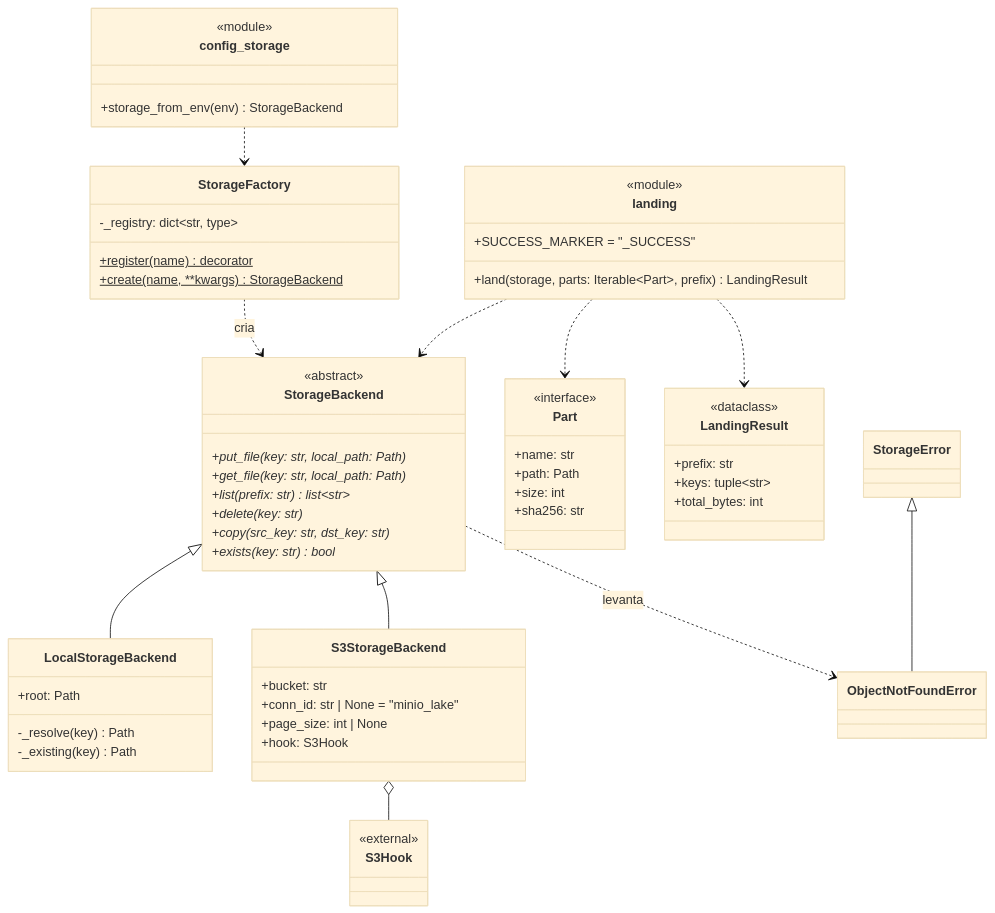
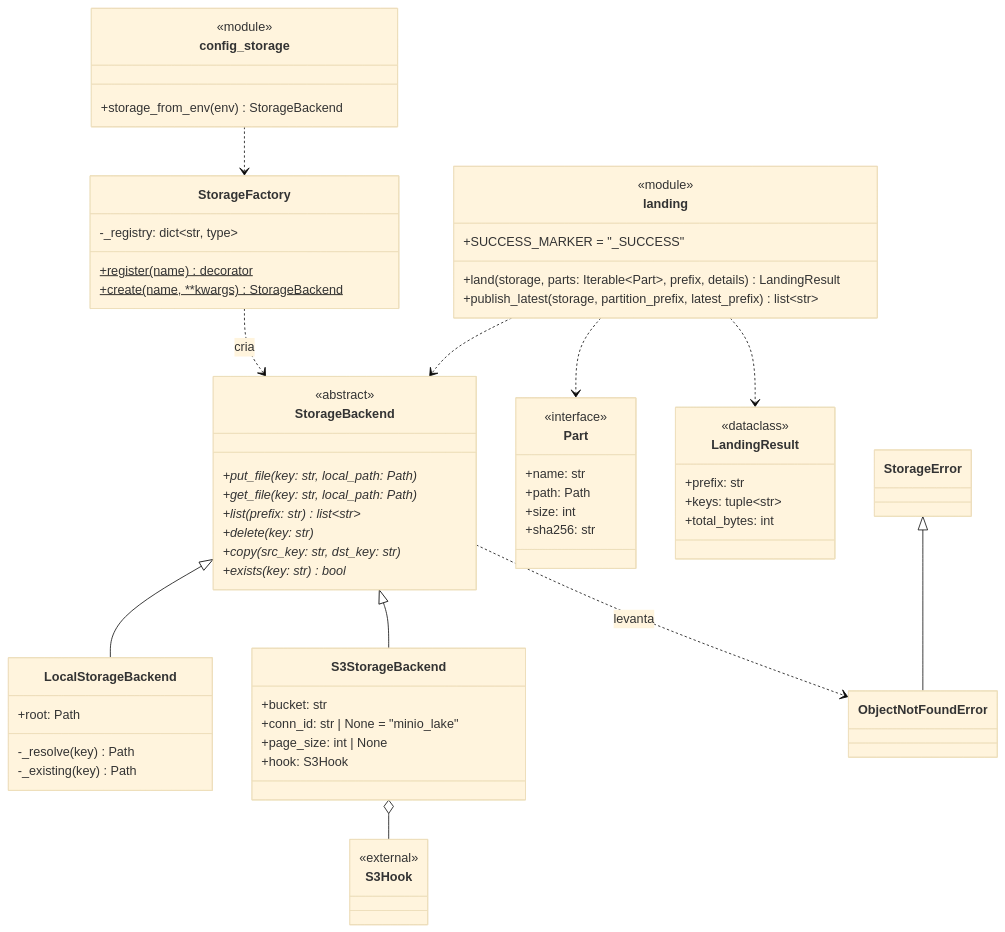
One commit to GovHub-br/data-application-cidades changed the third of 5 diagrams in docs/ingestao/diagrama-classes.md. Above: the diagram before and after it, drawn with Mermaid (base theme). The commit also changed other lines of this file and 8 other files, not shown here.

````diff
--- a/docs/ingestao/diagrama-classes.md
+++ b/docs/ingestao/diagrama-classes.md
@@ -73,66 +73,67 @@
 ```mermaid
 classDiagram
     class StorageBackend {
         <<abstract>>
         +put_file(key: str, local_path: Path)*
         +get_file(key: str, local_path: Path)*
         +list(prefix: str) list~str~*
         +delete(key: str)*
         +copy(src_key: str, dst_key: str)*
         +exists(key: str) bool*
     }
     class LocalStorageBackend {
         +root: Path
         -_resolve(key) Path
         -_existing(key) Path
     }
     class S3StorageBackend {
         +bucket: str
         +conn_id: str | None = "minio_lake"
         +page_size: int | None
         +hook: S3Hook
     }
     class StorageFactory {
         -_registry: dict~str, type~
         +register(name)$ decorator
         +create(name, **kwargs)$ StorageBackend
     }
     class config_storage {
         <<module>>
         +storage_from_env(env) StorageBackend
     }
     class landing {
         <<module>>
         +SUCCESS_MARKER = "_SUCCESS"
-        +land(storage, parts: Iterable~Part~, prefix) LandingResult
+        +land(storage, parts: Iterable~Part~, prefix, details) LandingResult
+        +publish_latest(storage, partition_prefix, latest_prefix) list~str~
     }
     class Part {
         <<interface>>
         +name: str
         +path: Path
         +size: int
         +sha256: str
     }
     class LandingResult {
         <<dataclass>>
         +prefix: str
         +keys: tuple~str~
         +total_bytes: int
     }
     class StorageError
     class ObjectNotFoundError
     class S3Hook {
         <<external>>
     }
 
     StorageBackend <|-- LocalStorageBackend
     StorageBackend <|-- S3StorageBackend
     S3StorageBackend o-- S3Hook
     StorageFactory ..> StorageBackend : cria
     config_storage ..> StorageFactory
     landing ..> StorageBackend
     landing ..> Part
     landing ..> LandingResult
     StorageError <|-- ObjectNotFoundError
     StorageBackend ..> ObjectNotFoundError : levanta
 ```
````
